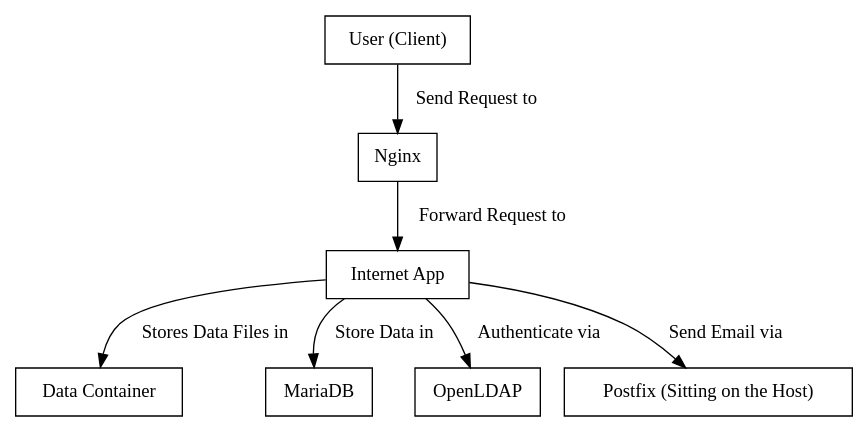
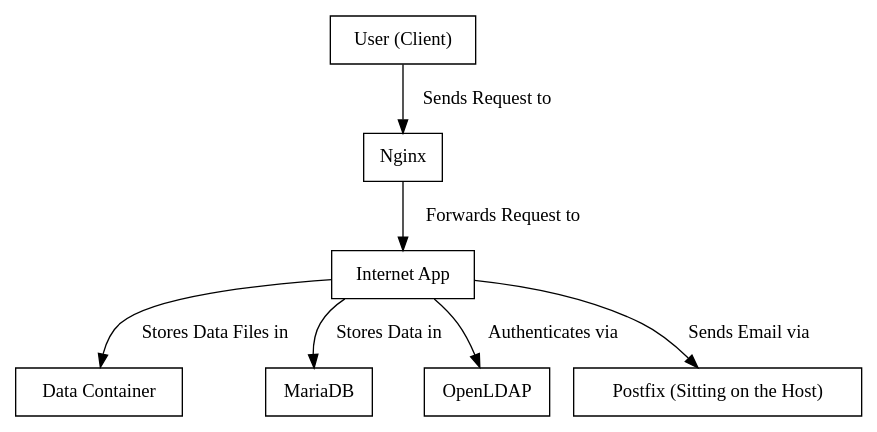
Before and after one commit to blowb/blowb-doc: the diagram in overview.rst, drawn with Graphviz.

Commit message:
Fix some gramma issues

```diff
--- a/overview.rst
+++ b/overview.rst
@@ -23,21 +23,21 @@
 .. graphviz::
 
    digraph structure {
      graph[overlap=false, splines=true]
      node[shape=record]
 
      "app" [label="Internet App"]
      "client" [label="User (Client)"]
      "data" [label="Data Container"]
      "mariadb" [label="MariaDB"]
      "nginx" [label="Nginx"]
      "openldap" [label="OpenLDAP"]
      "postfix" [label="Postfix (Sitting on the Host)"]
 
-     "client" -> "nginx" [label="Send Request to"]
-     "nginx" -> "app" [label="Forward Request to"]
+     "client" -> "nginx" [label="Sends Request to"]
+     "nginx" -> "app" [label="Forwards Request to"]
      "app" -> "data" [label="Stores Data Files in"]
-     "app" -> "mariadb" [label="Store Data in"]
-     "app" -> "openldap" [label="Authenticate via"]
-     "app" -> "postfix" [label="Send Email via"]
+     "app" -> "mariadb" [label="Stores Data in"]
+     "app" -> "openldap" [label="Authenticates via"]
+     "app" -> "postfix" [label="Sends Email via"]
    }
```
